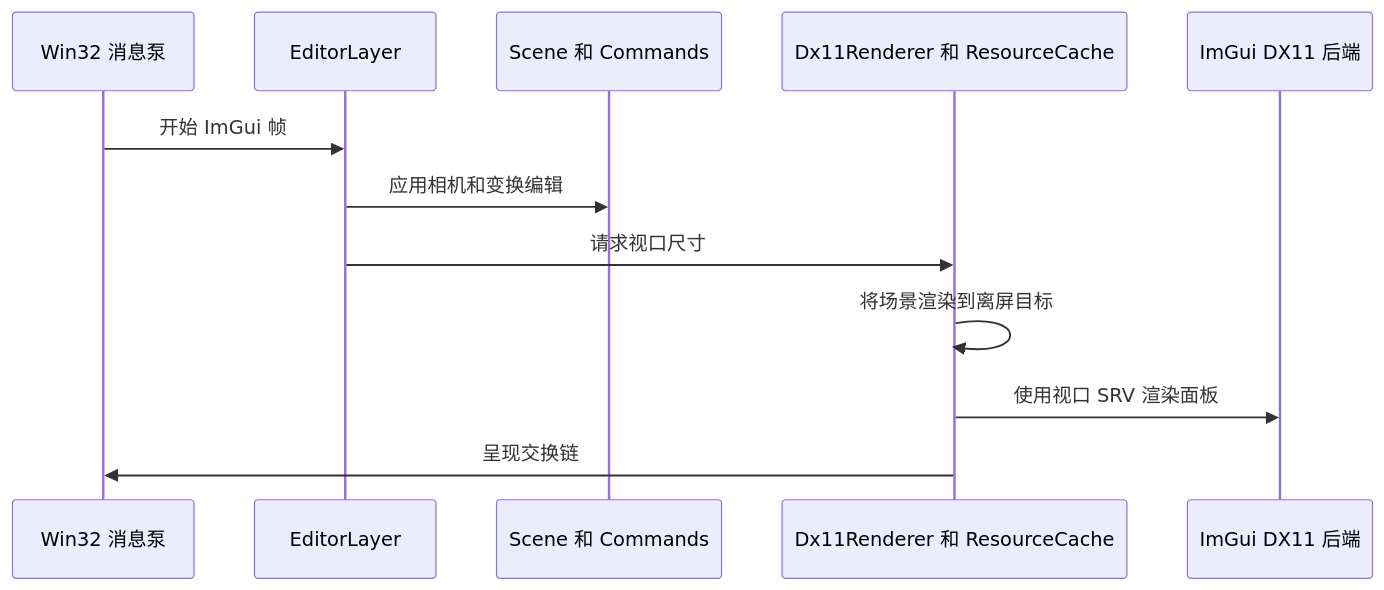
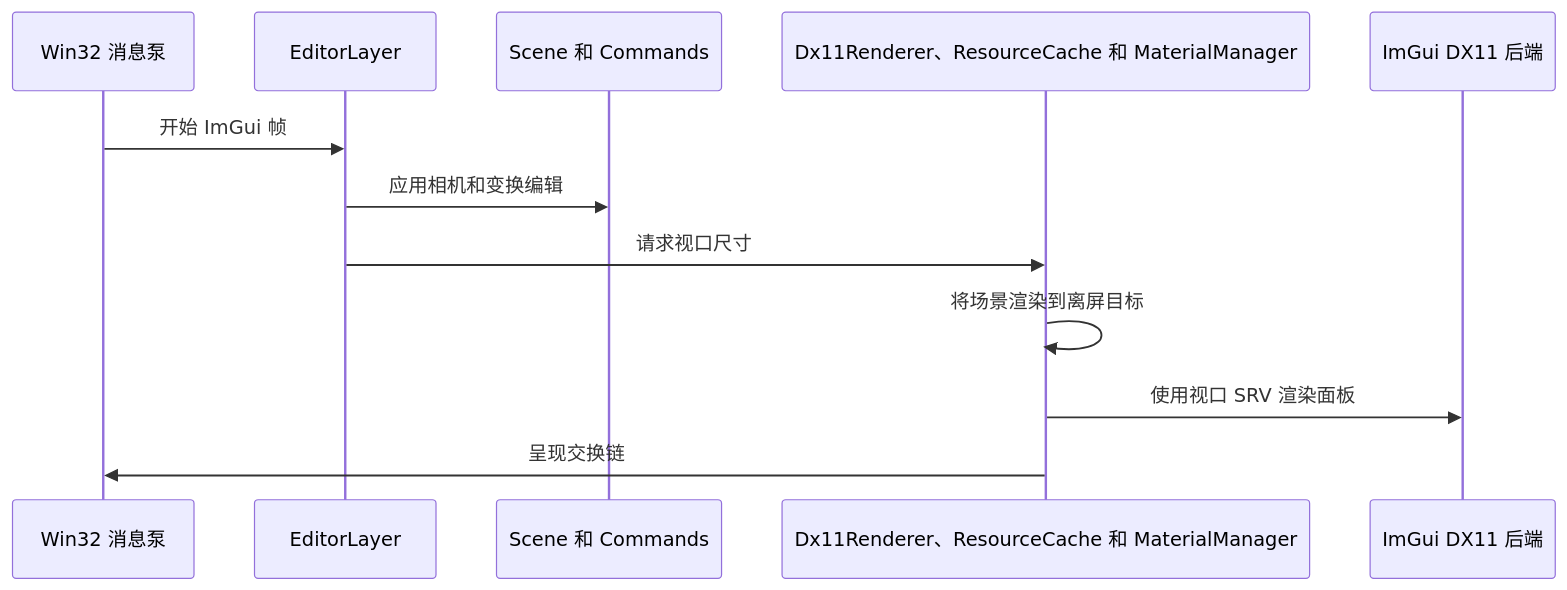
The first of 4 diagrams in docs/architecture.md (ELPSYKONGR/LRenderDemo), drawn with Mermaid before and after one commit. The commit also changed other lines of this file and 64 other files, not shown here.

````diff
--- a/docs/architecture.md
+++ b/docs/architecture.md
@@ -10,14 +10,14 @@
 ```mermaid
 sequenceDiagram
     participant Win32 as Win32 消息泵
     participant Editor as EditorLayer
     participant Scene as Scene 和 Commands
-    participant DX11 as Dx11Renderer 和 ResourceCache
+    participant DX11 as Dx11Renderer、ResourceCache 和 MaterialManager
     participant UI as ImGui DX11 后端
     Win32->>Editor: 开始 ImGui 帧
     Editor->>Scene: 应用相机和变换编辑
     Editor->>DX11: 请求视口尺寸
     DX11->>DX11: 将场景渲染到离屏目标
     DX11->>UI: 使用视口 SRV 渲染面板
     DX11->>Win32: 呈现交换链
 ```
````
